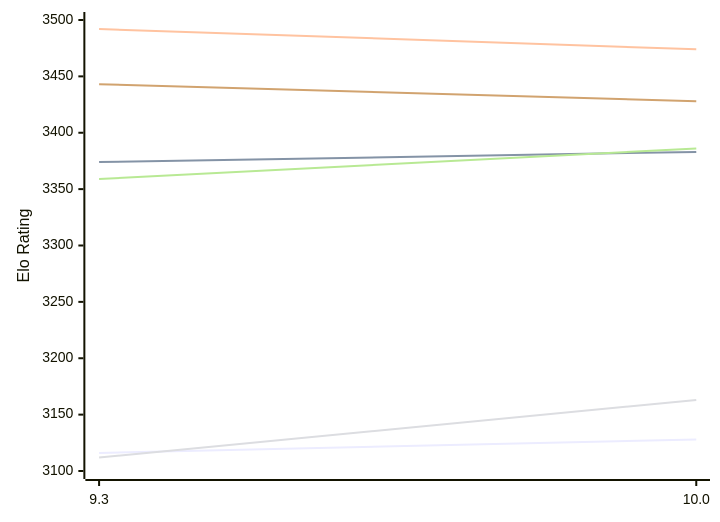
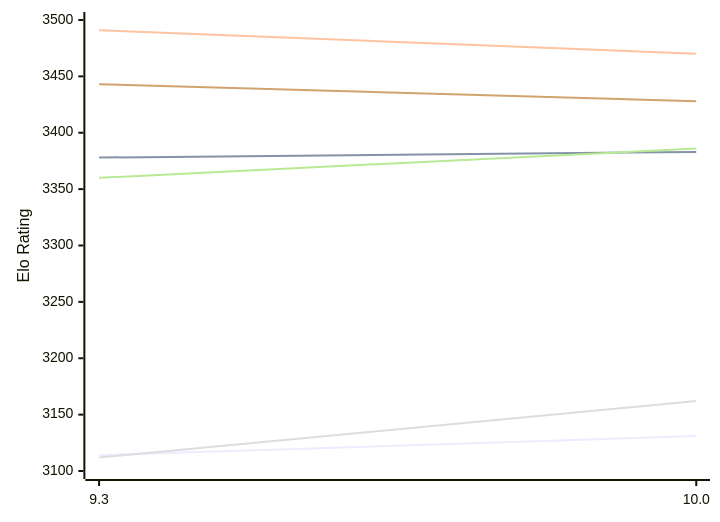
Before and after one commit to computer-chess-index/cci: the first of 2 diagrams in engines/Fire.md, drawn with Mermaid. The commit also changed other lines of this file, not shown here.

Commit message:
Update CCI Ratings (ELO VLTC) - 2026-11-27

````diff
--- a/engines/Fire.md
+++ b/engines/Fire.md
@@ -50,12 +50,12 @@
 ```mermaid
 %%{init: {"theme":"base","themeVariables":{"seriesColors:['#a3a3a3','#222221','#faa371']}}}%%
 xychart-beta
   x-axis ["9.3", "10.0"]
   y-axis "Elo Rating" 3100 --> 3500
-  line "E1: STC (8.0+0.08s)" [3116, 3128]
-  line "E1: LTC (60.0+0.60s)" [3374, 3383]
-  line "E1: VLTC (2m24s+1.12s)" [3492, 3474]
-  line "P1: STC (8.0+0.08s)" [3112, 3163]
-  line "P1: LTC (60.0+0.60s)" [3359, 3386]
+  line "E1: STC (8.0+0.08s)" [3114, 3131]
+  line "E1: LTC (60.0+0.60s)" [3378, 3383]
+  line "E1: VLTC (2m24s+1.12s)" [3491, 3470]
+  line "P1: STC (8.0+0.08s)" [3112, 3162]
+  line "P1: LTC (60.0+0.60s)" [3360, 3386]
   line "P1: VLTC (2m24s+1.12s)" [3443, 3428]
 ```
````
